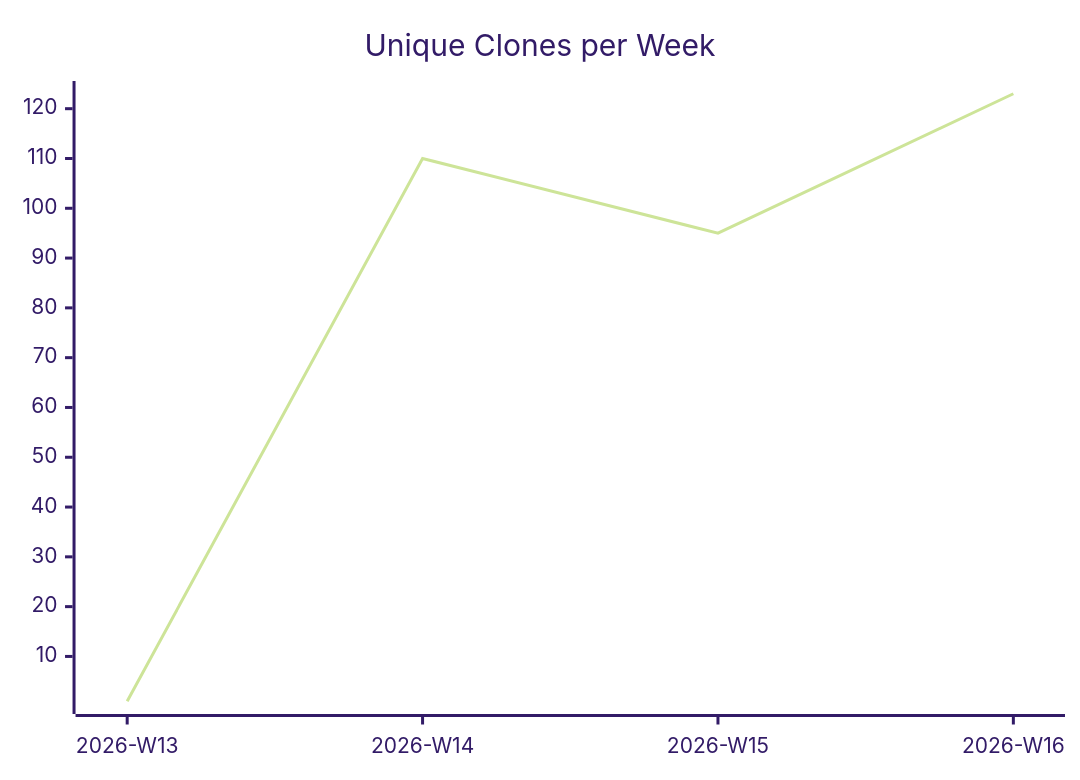
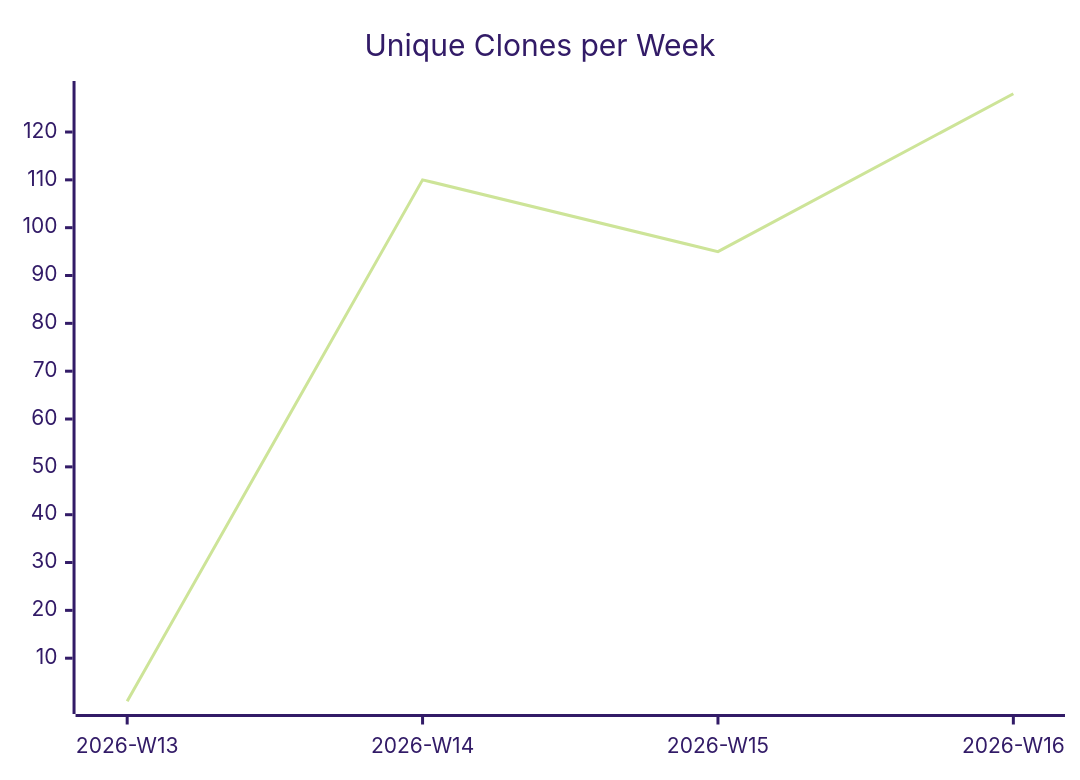
Before and after one commit to justdavis-family/github-analytics-data: the third of 3 diagrams in justdavis-family/justdavis/README.md, drawn with Mermaid (forest theme). The commit also changed other lines of this file and 189 other files, not shown here.

````diff
--- a/justdavis-family/justdavis/README.md
+++ b/justdavis-family/justdavis/README.md
@@ -19,6 +19,6 @@
 ```mermaid
 xychart-beta
   title "Unique Clones per Week"
   x-axis ["2026-W13", "2026-W14", "2026-W15", "2026-W16"]
-  line [1, 110, 95, 123]
+  line [1, 110, 95, 128]
 ```
````
